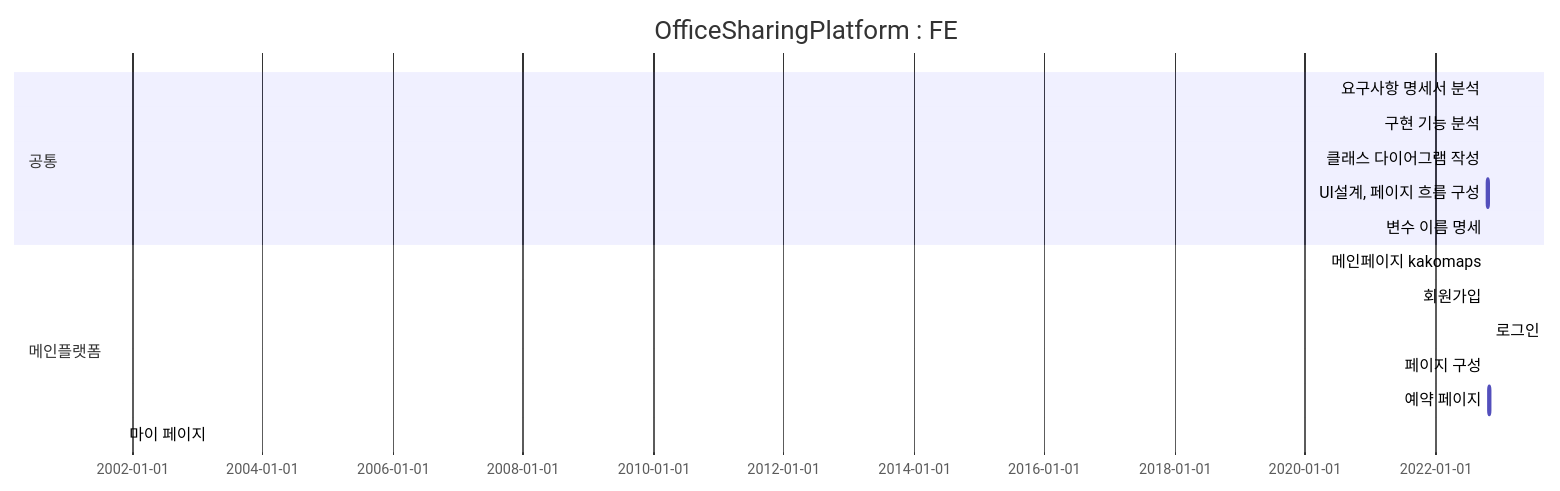
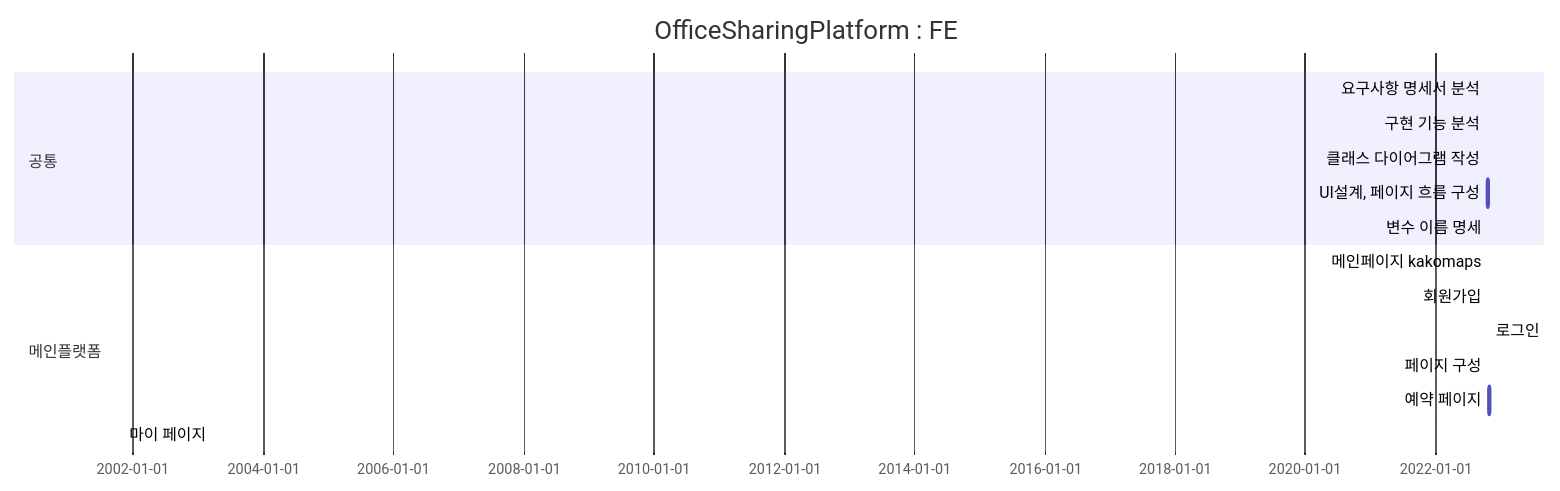
One commit to Hell-O-Demon-World/semi-OfficeSharingPlatform changed the second of 2 diagrams in README.md. Above: the diagram before and after it, drawn with Mermaid.

````diff
--- a/README.md
+++ b/README.md
@@ -37,23 +37,23 @@
 ```mermaid
 gantt
 dateFormat MM-DD
 title OfficeSharingPlatform : FE
 
     section 공통
     요구사항 명세서 분석      :chap1, 10-21, 1d
     구현 기능 분석          :chap2, 10-21, 1d
     클래스 다이어그램 작성    :chap3, 10-21, 1d
     UI설계, 페이지 흐름 구성          :chap4, 10-21, 2d
     변수 이름 명세          :chap5, 10-24, 1d
 
 
     section 메인플랫폼
     메인페이지 kakomaps     : chap1, 10-24, 1d
     회원가입                :chap2, 10-25, 1d
     로그인                 :chap3, 10-26, 1d
     페이지 구성            :chap4, 10-27, 1d
     예약 페이지            :chap5, 10-28, 7d
-    마이 페이지            :chap6, 11-5, 1d
+    마이 페이지            :chap6, 11-3, 1d
 
 
 ```
````
